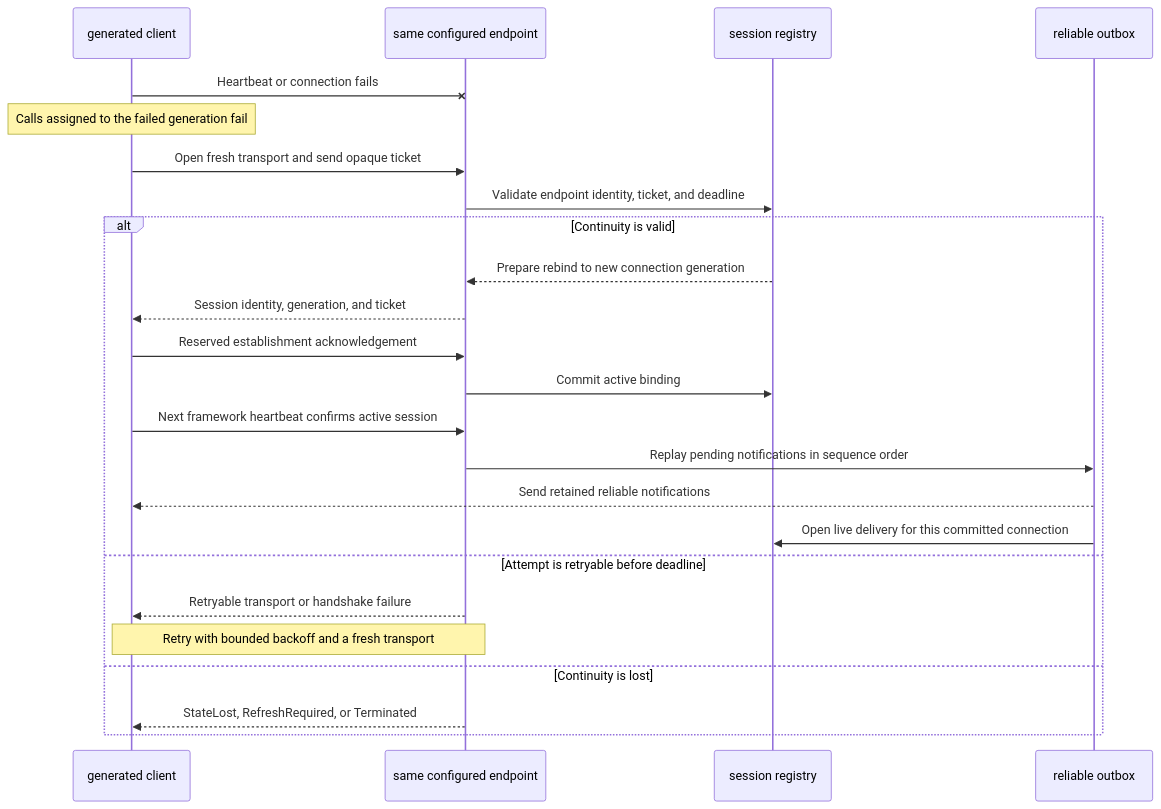
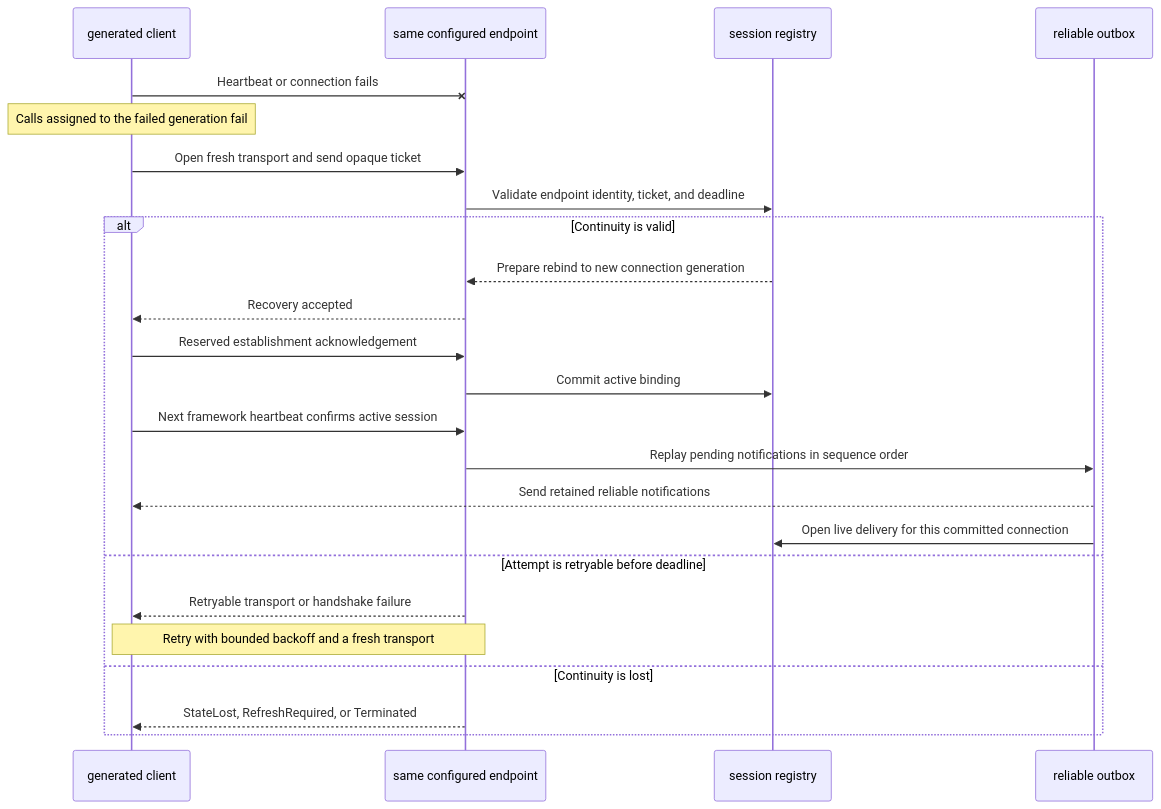
One commit to bruce48x/Lakona changed the fourth of 8 diagrams in docs/session.md. Above: the diagram before and after it, drawn with Mermaid. The commit also changed other lines of this file and 51 other files, not shown here.

````diff
--- a/docs/session.md
+++ b/docs/session.md
@@ -564,27 +567,27 @@
 ```mermaid
 sequenceDiagram
     participant C as generated client
     participant E as same configured endpoint
     participant S as session registry
     participant O as reliable outbox
 
     C-xE: Heartbeat or connection fails
     Note over C: Calls assigned to the failed generation fail
     C->>E: Open fresh transport and send opaque ticket
     E->>S: Validate endpoint identity, ticket, and deadline
     alt Continuity is valid
         S-->>E: Prepare rebind to new connection generation
-        E-->>C: Session identity, generation, and ticket
+        E-->>C: Recovery accepted
         C->>E: Reserved establishment acknowledgement
         E->>S: Commit active binding
         C->>E: Next framework heartbeat confirms active session
         E->>O: Replay pending notifications in sequence order
         O-->>C: Send retained reliable notifications
         O->>S: Open live delivery for this committed connection
     else Attempt is retryable before deadline
         E-->>C: Retryable transport or handshake failure
         Note over C,E: Retry with bounded backoff and a fresh transport
     else Continuity is lost
         E-->>C: StateLost, RefreshRequired, or Terminated
     end
 ```
````
